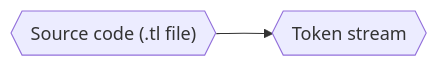
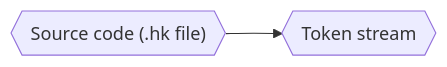
One commit to condense9/hark-lang changed the second of 4 diagrams in guide/src/vm/source-to-success-compilation.md. Above: the diagram before and after it, drawn with Mermaid. The commit also changed other lines of this file and 194 other files, not shown here.

````diff
--- a/guide/src/vm/source-to-success-compilation.md
+++ b/guide/src/vm/source-to-success-compilation.md
@@ -21,4 +21,4 @@
 ```mermaid
 graph LR;
-  A{{"Source code (.tl file)"}} --> B{{Token stream}}
+  A{{"Source code (.hk file)"}} --> B{{Token stream}}
 ```
````
